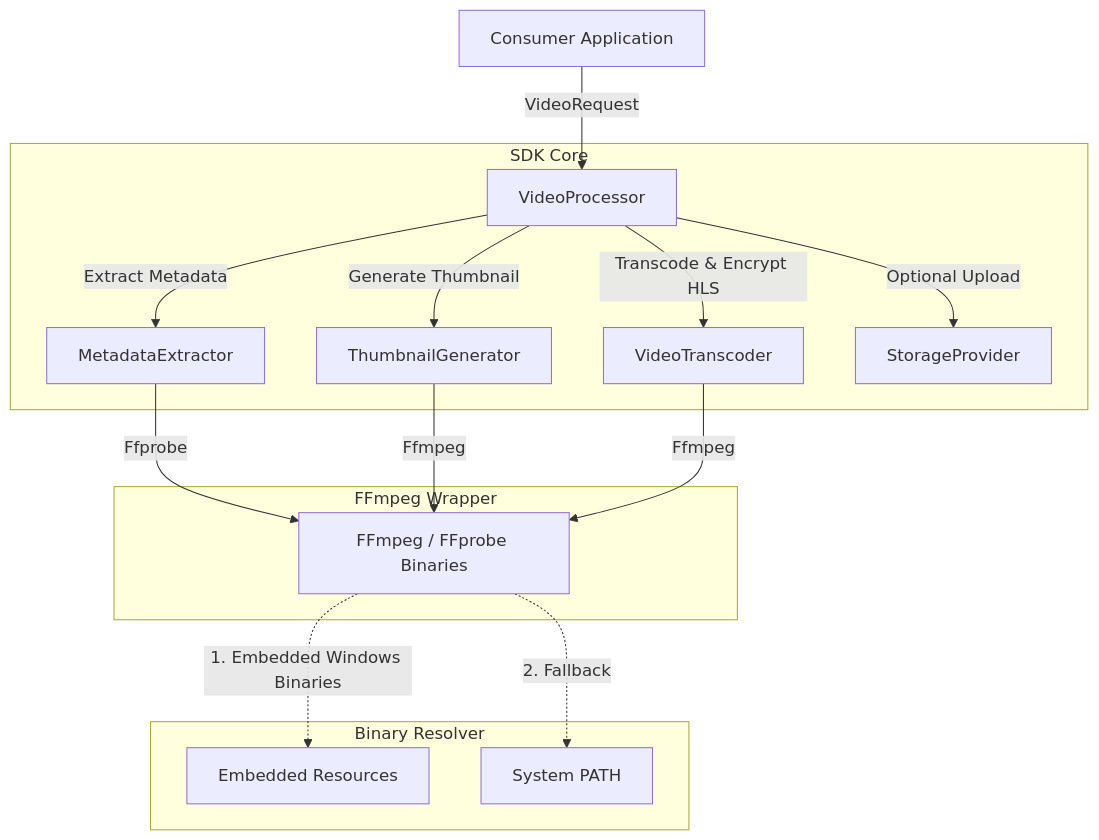
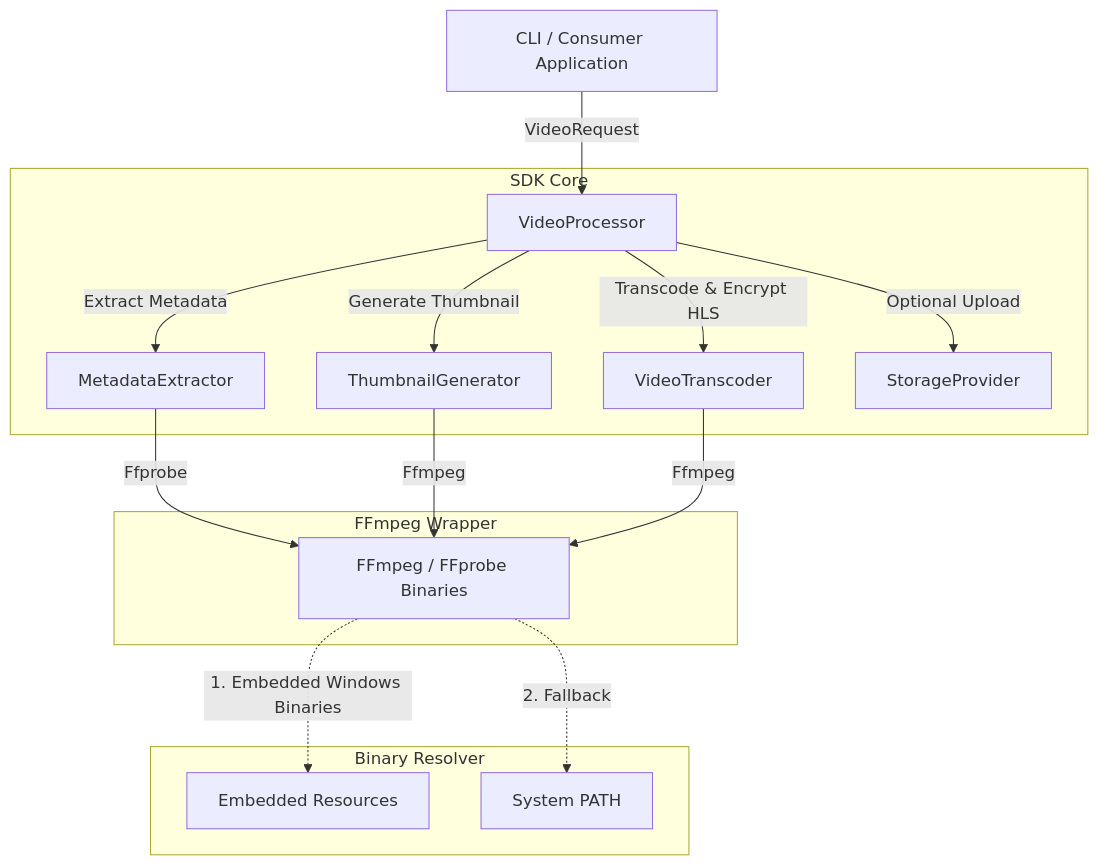
Before and after one commit to tanmaysinghx/transcodex-sdk: the diagram in README.md, drawn with Mermaid. The commit also changed other lines of this file and 3 other files, not shown here.

````diff
--- a/README.md
+++ b/README.md
@@ -9,19 +9,19 @@
 ```mermaid
 graph TD
-    ConsumerApp[Consumer Application] -->|VideoRequest| VideoProcessor[VideoProcessor]
+    ConsumerApp[CLI / Consumer Application] -->|VideoRequest| VideoProcessor[VideoProcessor]
     subgraph SDK Core
         VideoProcessor -->|Extract Metadata| MetadataExtractor[MetadataExtractor]
         VideoProcessor -->|Generate Thumbnail| ThumbnailGenerator[ThumbnailGenerator]
         VideoProcessor -->|Transcode & Encrypt HLS| VideoTranscoder[VideoTranscoder]
         VideoProcessor -->|Optional Upload| StorageProvider[StorageProvider]
     end
     subgraph FFmpeg Wrapper
         MetadataExtractor -->|Ffprobe| ExternalBin[FFmpeg / FFprobe Binaries]
         ThumbnailGenerator -->|Ffmpeg| ExternalBin
         VideoTranscoder -->|Ffmpeg| ExternalBin
     end
     subgraph Binary Resolver
         ExternalBin -.->|1. Embedded Windows Binaries| Embedded[Embedded Resources]
         ExternalBin -.->|2. Fallback| SystemPATH[System PATH]
     end
 ```
````
